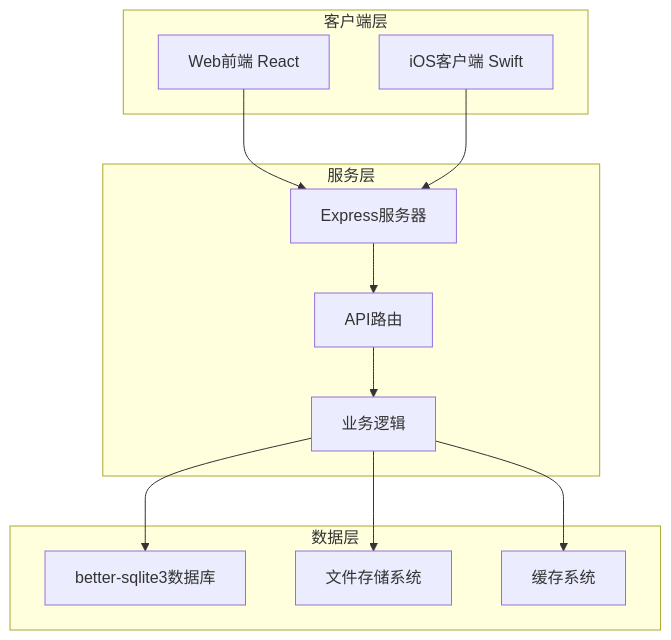
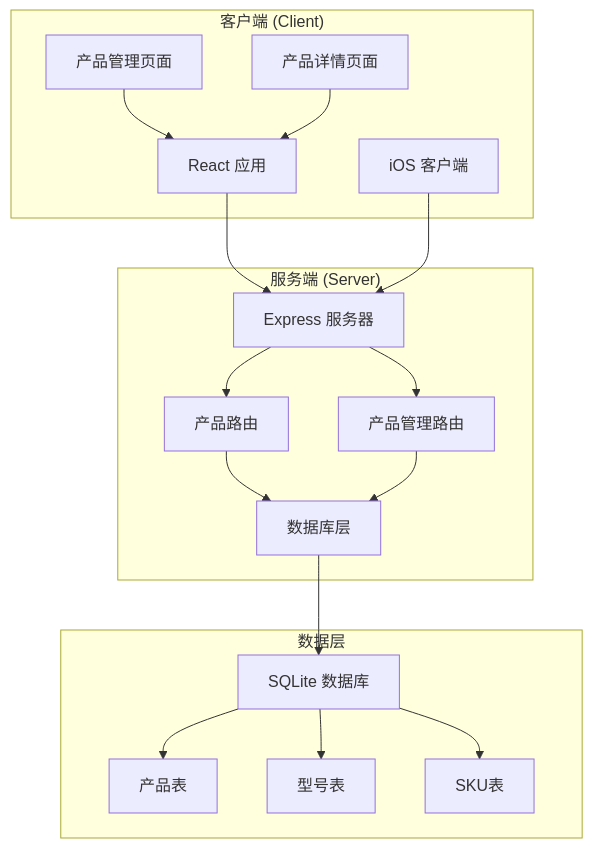
Before and after one commit to CubeEdge/Longhorn: the first of 9 diagrams in .qoder/repowiki/zh/content/前端组件架构/产品管理界面/三层产品架构.md, drawn with Mermaid. The commit also changed other lines of this file and 28 other files, not shown here.

````diff
--- a/.qoder/repowiki/zh/content/前端组件架构/产品管理界面/三层产品架构.md
+++ b/.qoder/repowiki/zh/content/前端组件架构/产品管理界面/三层产品架构.md
@@ -39,24 +52,33 @@
 ```mermaid
 graph TB
-subgraph "客户端层"
-A[Web前端 React]
-B[iOS客户端 Swift]
+subgraph "客户端 (Client)"
+A[React 应用]
+B[产品管理页面]
+C[产品详情页面]
+D[iOS 客户端]
 end
-subgraph "服务层"
-C[Express服务器]
-D[API路由]
-E[业务逻辑]
+subgraph "服务端 (Server)"
+E[Express 服务器]
+F[产品路由]
+G[产品管理路由]
+H[数据库层]
 end
 subgraph "数据层"
-F[better-sqlite3数据库]
-G[文件存储系统]
-H[缓存系统]
+I[SQLite 数据库]
+J[产品表]
+K[型号表]
+L[SKU表]
 end
-A --> C
-B --> C
-C --> D
+A --> E
+B --> A
+C --> A
 D --> E
 E --> F
 E --> G
-E --> H
+F --> H
+G --> H
+H --> I
+I --> J
+I --> K
+I --> L
 ```
````
